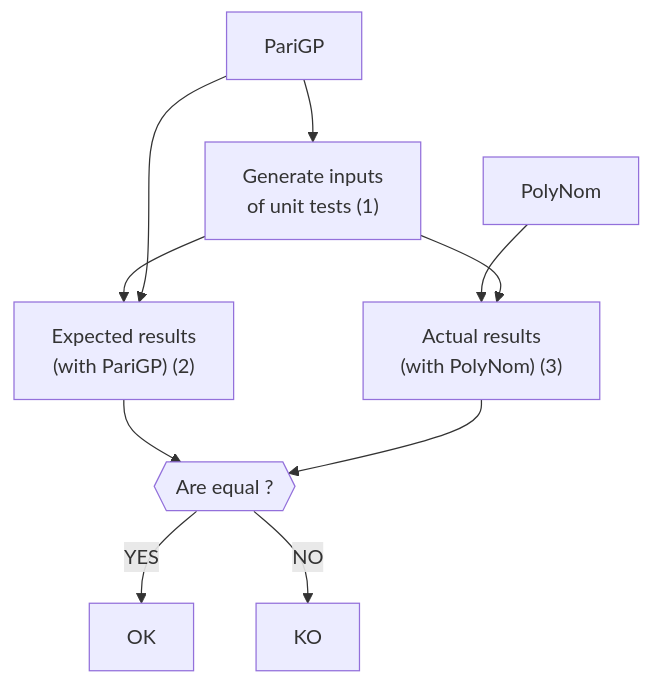
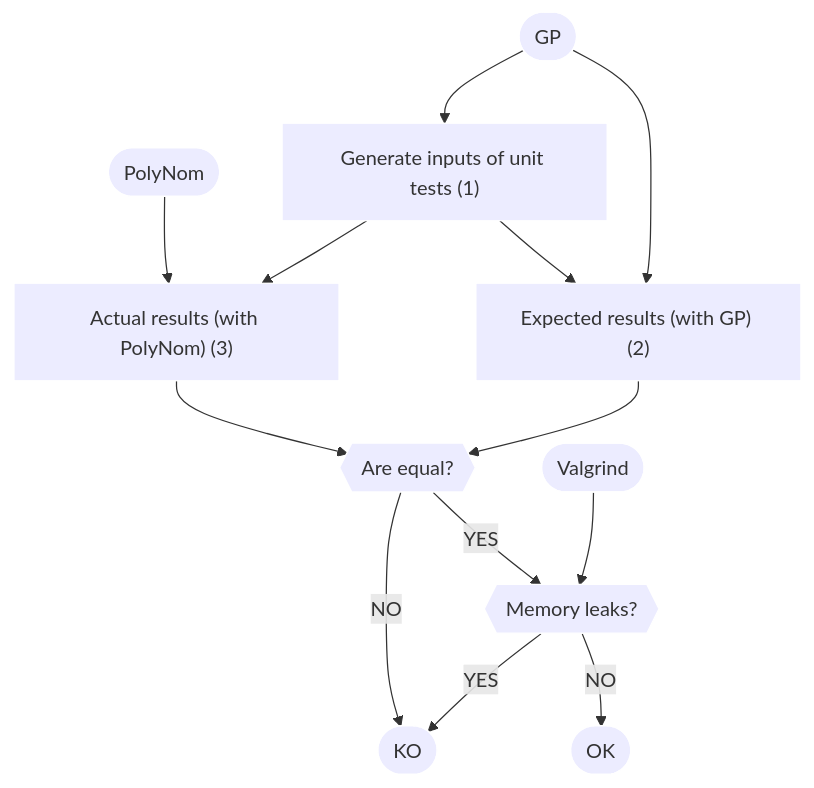
Before and after one commit to groumage/PolyNom: the diagram in README.md, drawn with Mermaid. The commit also changed other lines of this file, not shown here.

````diff
--- a/README.md
+++ b/README.md
@@ -50,12 +54,37 @@
 ```mermaid
-    graph TD;
-        A["PariGP"]-->B["Generate inputs\nof unit tests (1)"];
-        B --> C["Expected results\n(with PariGP) (2)"];
-        A --> C;
-        D["PolyNom"] --> E["Actual results\n(with PolyNom) (3)"];
-        B --> E;
-        C --> H{{"Are equal ?"}};
-        E --> H;
-        H --YES--> I["OK"];
-        H --NO--> J["KO"];
+graph TB
+	GP([GP])
+	Polynom([PolyNom])
+	Valgrind([Valgrind])
+	GenerateInput["Generate inputs of unit tests (1)"]
+	ExpectedResults["Expected results (with GP) (2)"]
+	ActualResults["Actual results (with PolyNom) (3)"]
+	KO([KO])
+	AreEqual{{"Are equal?"}}
+	Memory{{"Memory leaks?"}}
+	OK([OK])
+
+	GP --> GenerateInput
+	GP --> ExpectedResults
+	GenerateInput --> ExpectedResults
+	GenerateInput --> ActualResults
+	Polynom --> ActualResults
+	ExpectedResults --> AreEqual
+	ActualResults --> AreEqual
+	Valgrind --> Memory
+	Memory -- "YES" --> KO
+	Memory -- "NO" --> OK
+	AreEqual -- "YES" --> Memory
+	AreEqual -- "NO" --> KO
+	
+	style GP stroke:white;
+	style Polynom stroke:white;
+	style GenerateInput stroke:white;
+	style ExpectedResults stroke:white;
+	style ActualResults stroke:white;
+	style AreEqual stroke:white;
+	style Memory stroke:white;
+	style Valgrind stroke:white;
+	style OK stroke:white;
+	style KO stroke:white;
 ```
````
